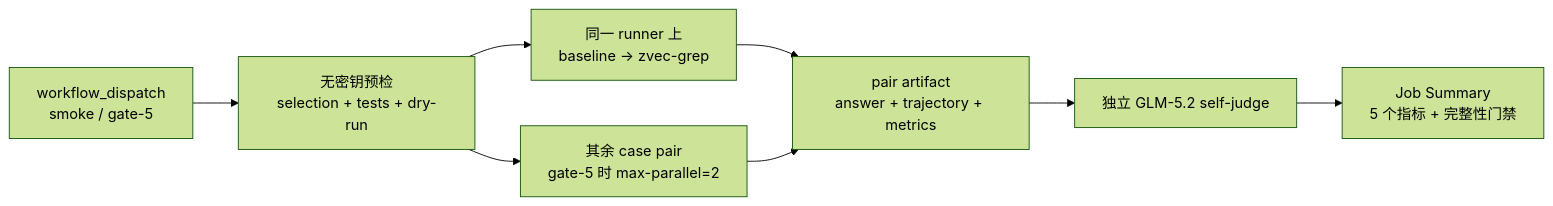
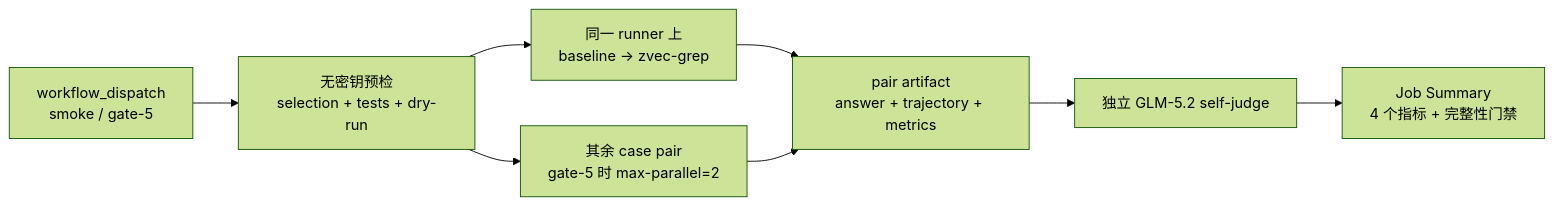
Before and after one commit to zvec-ai/zvec-grep: the diagram in benchmarks/coding/SWE_QA_CI.md, drawn with Mermaid (forest theme). The commit also changed other lines of this file and 3 other files, not shown here.

````diff
--- a/benchmarks/coding/SWE_QA_CI.md
+++ b/benchmarks/coding/SWE_QA_CI.md
@@ -21,10 +21,10 @@
 ```mermaid
 flowchart LR
     D["workflow_dispatch<br/>smoke / gate-5"] --> V["无密钥预检<br/>selection + tests + dry-run"]
     V --> P1["同一 runner 上<br/>baseline → zvec-grep"]
     V --> P2["其余 case pair<br/>gate-5 时 max-parallel=2"]
     P1 --> A["pair artifact<br/>answer + trajectory + metrics"]
     P2 --> A
     A --> J["独立 GLM-5.2 self-judge"]
-    J --> R["Job Summary<br/>5 个指标 + 完整性门禁"]
+    J --> R["Job Summary<br/>4 个指标 + 完整性门禁"]
 ```
````
